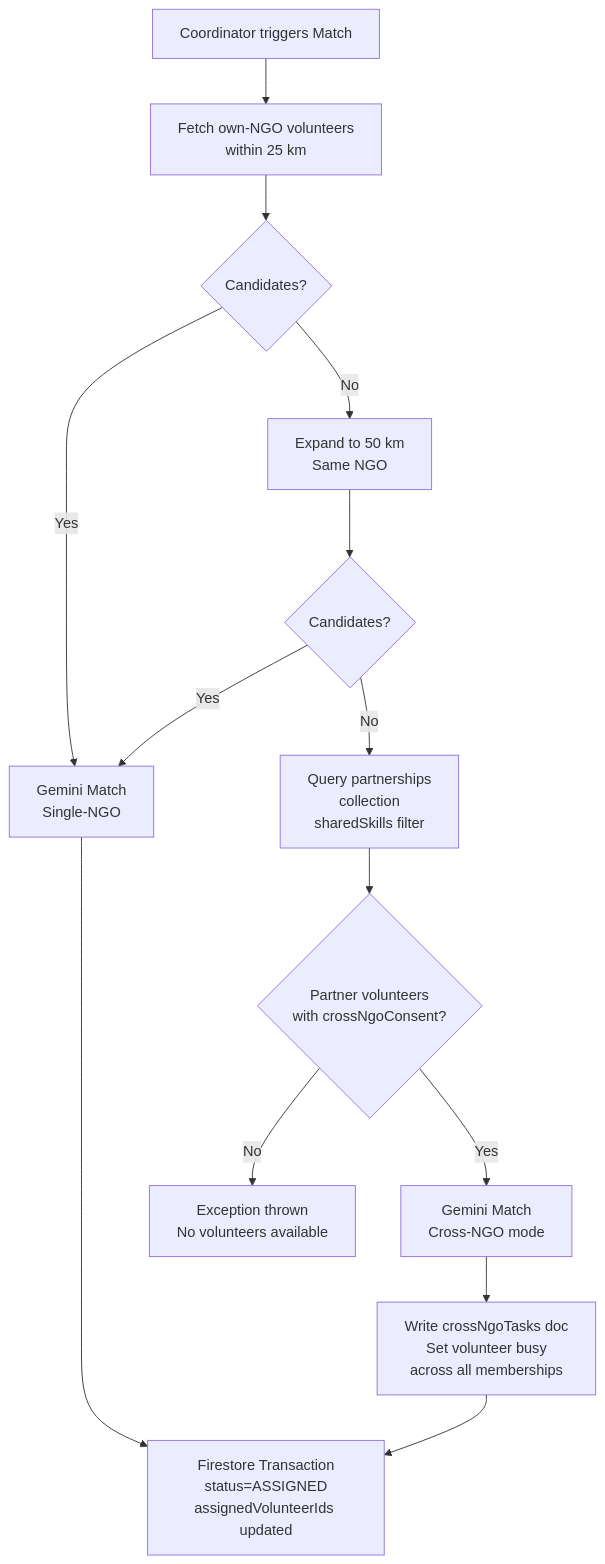
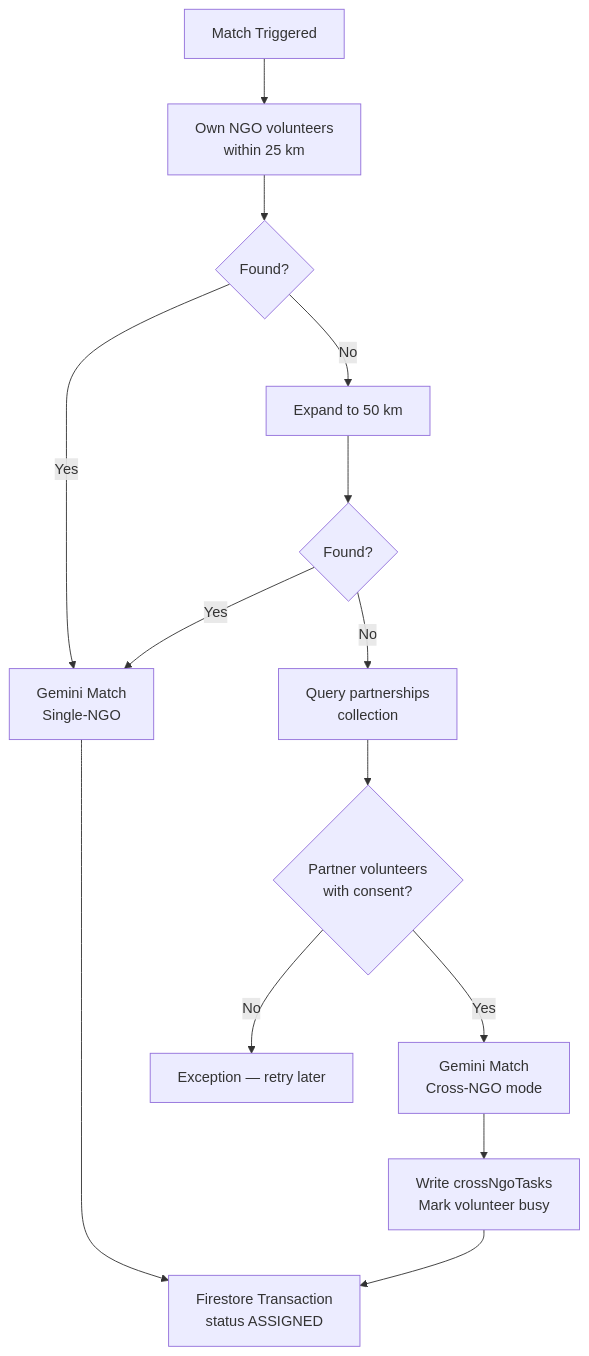
The third of 4 diagrams in README.md (ayanokojix21/Sevak-AI), drawn with Mermaid before and after one commit. The commit also changed other lines of this file, not shown here.

Commit message:
docs(readme): fix Mermaid diagrams, add Future Improvements, gemini-2.5-flash throughout

````diff
--- a/README.md
+++ b/README.md
@@ -213,16 +206,16 @@
 ```mermaid
 flowchart TD
-    S["Coordinator triggers Match"] --> Q1["Fetch own-NGO volunteers\nwithin 25 km"]
-    Q1 --> C1{"Candidates?"}
-    C1 -- "Yes" --> M1["Gemini Match\nSingle-NGO"]
-    C1 -- "No" --> Q2["Expand to 50 km\nSame NGO"]
-    Q2 --> C2{"Candidates?"}
-    C2 -- "Yes" --> M1
-    C2 -- "No" --> Q3["Query partnerships\ncollection\nsharedSkills filter"]
-    Q3 --> C3{"Partner volunteers\nwith crossNgoConsent?"}
-    C3 -- "Yes" --> M2["Gemini Match\nCross-NGO mode"]
-    C3 -- "No" --> ERR["Exception thrown\nNo volunteers available"]
-    M1 --> TX["Firestore Transaction\nstatus=ASSIGNED\nassignedVolunteerIds updated"]
-    M2 --> CX["Write crossNgoTasks doc\nSet volunteer busy\nacross all memberships"]
+    S[Match Triggered] --> Q1[Own NGO volunteers\nwithin 25 km]
+    Q1 --> C1{Found?}
+    C1 -->|Yes| M1[Gemini Match\nSingle-NGO]
+    C1 -->|No| Q2[Expand to 50 km]
+    Q2 --> C2{Found?}
+    C2 -->|Yes| M1
+    C2 -->|No| Q3[Query partnerships\ncollection]
+    Q3 --> C3{Partner volunteers\nwith consent?}
+    C3 -->|Yes| M2[Gemini Match\nCross-NGO mode]
+    C3 -->|No| ERR[Exception — retry later]
+    M1 --> TX[Firestore Transaction\nstatus ASSIGNED]
+    M2 --> CX[Write crossNgoTasks\nMark volunteer busy]
     CX --> TX
 ```
````
